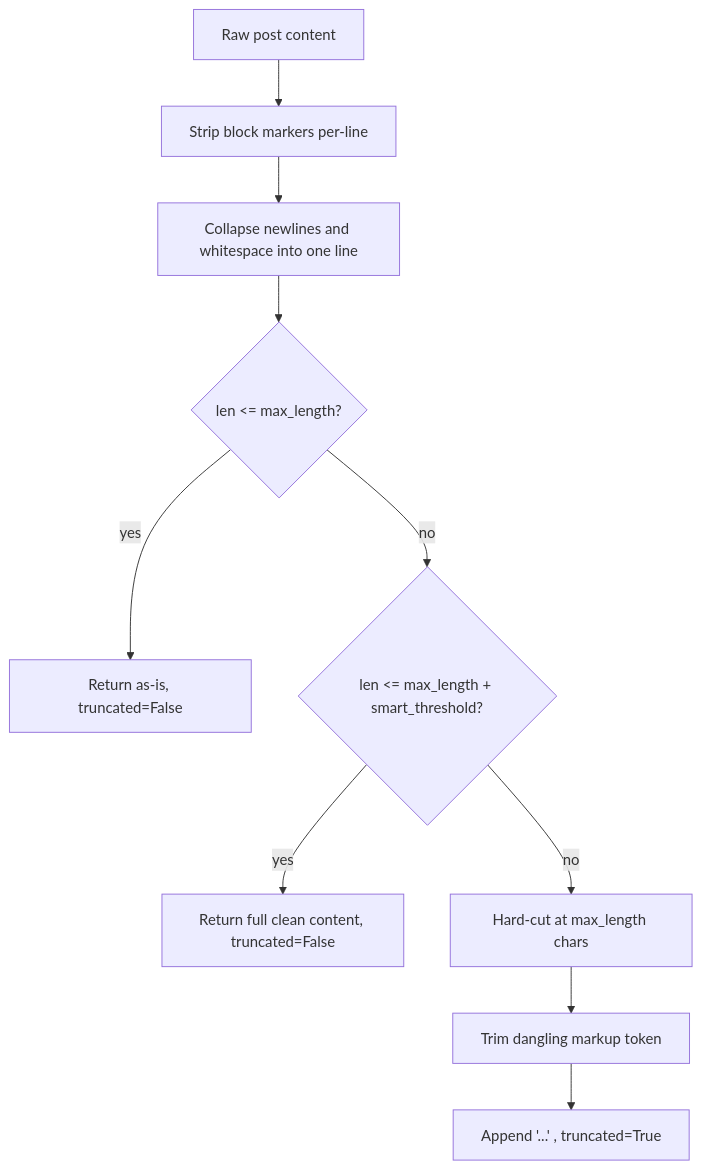
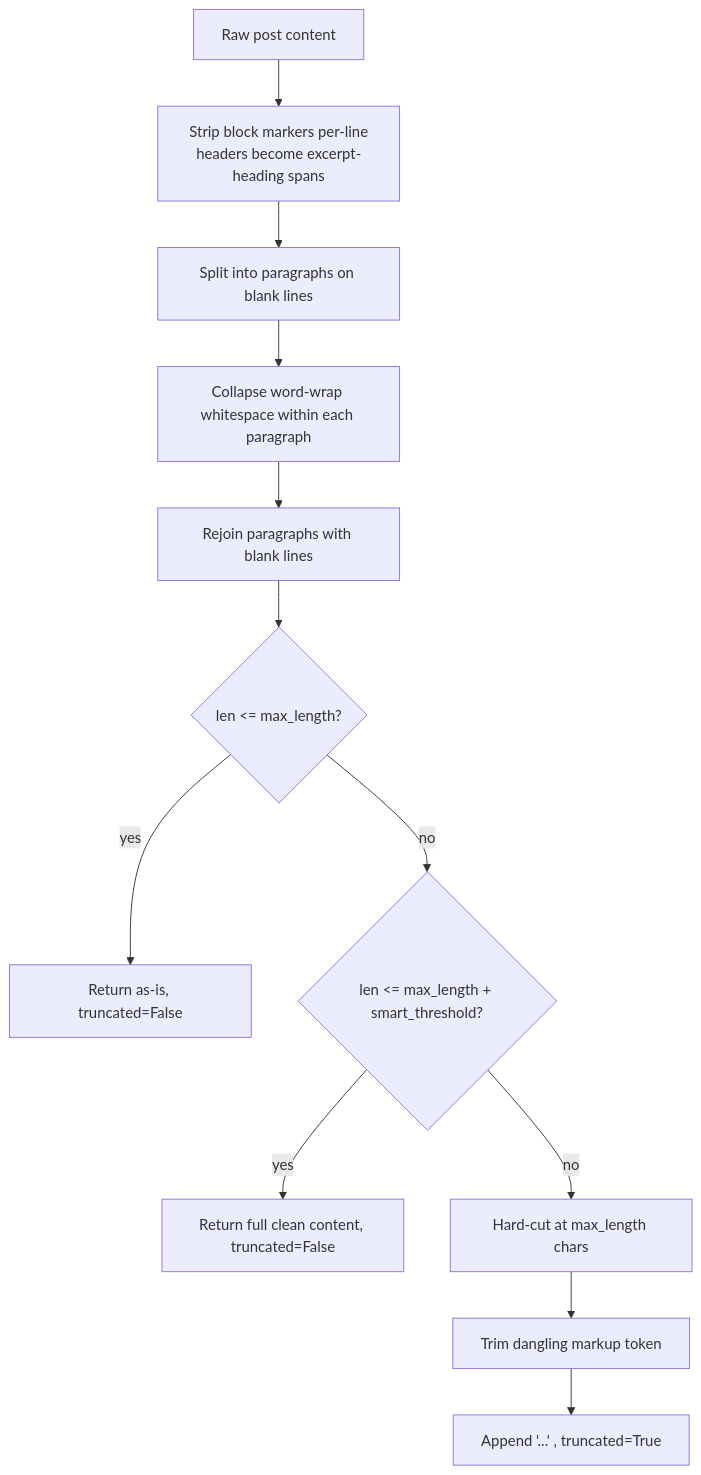
Before and after one commit to pitosalas/salasblog2: the first of 2 diagrams in 01-literate/01-utils.md, drawn with Mermaid. The commit also changed other lines of this file and 2 other files, not shown here.

````diff
--- a/01-literate/01-utils.md
+++ b/01-literate/01-utils.md
@@ -119,12 +158,14 @@
 ```mermaid
 flowchart TD
-    A[Raw post content] --> B[Strip block markers per-line]
-    B --> C[Collapse newlines and whitespace into one line]
-    C --> D{len <= max_length?}
-    D -- yes --> E[Return as-is, truncated=False]
-    D -- no --> F{len <= max_length + smart_threshold?}
-    F -- yes --> G[Return full clean content, truncated=False]
-    F -- no --> H[Hard-cut at max_length chars]
-    H --> I[Trim dangling markup token]
-    I --> J[Append '...' , truncated=True]
+    A[Raw post content] --> B[Strip block markers per-line<br/>headers become excerpt-heading spans]
+    B --> C[Split into paragraphs on blank lines]
+    C --> D[Collapse word-wrap whitespace within each paragraph]
+    D --> E[Rejoin paragraphs with blank lines]
+    E --> F{len <= max_length?}
+    F -- yes --> G[Return as-is, truncated=False]
+    F -- no --> H{len <= max_length + smart_threshold?}
+    H -- yes --> I[Return full clean content, truncated=False]
+    H -- no --> J[Hard-cut at max_length chars]
+    J --> K[Trim dangling markup token]
+    K --> L[Append '...' , truncated=True]
 ```
````
